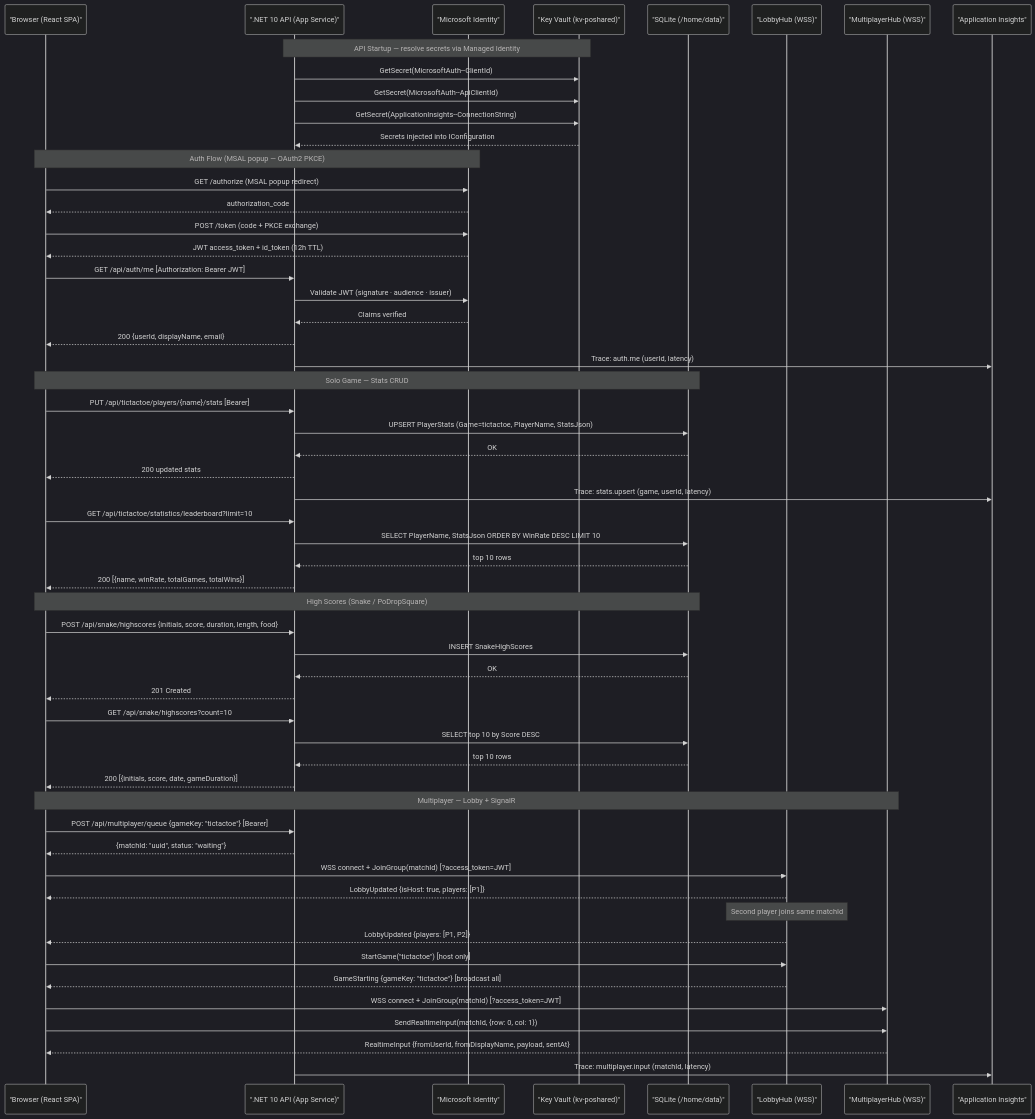
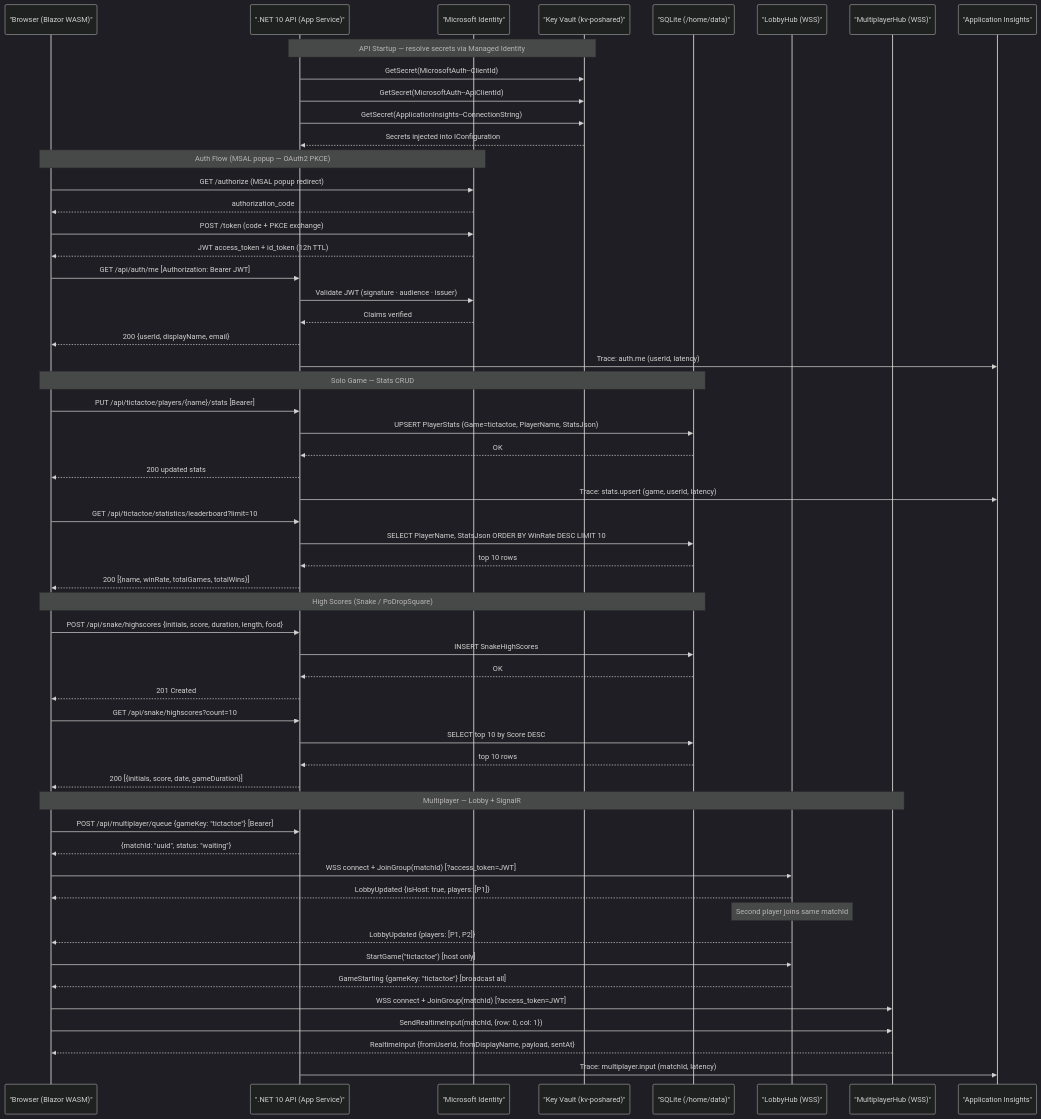
Before and after one commit to punkouter26/PoMiniGames: the diagram in docs/SystemFlow_MASTER.mmd, drawn with Mermaid (dark theme). The commit also changed 66 other files, not shown here.

```diff
--- a/docs/SystemFlow_MASTER.mmd
+++ b/docs/SystemFlow_MASTER.mmd
@@ -1,61 +1,61 @@
 sequenceDiagram
-    participant B as "Browser (React SPA)"
+    participant B as "Browser (Blazor WASM)"
     participant API as ".NET 10 API (App Service)"
     participant MSID as "Microsoft Identity"
     participant KV as "Key Vault (kv-poshared)"
     participant DB as "SQLite (/home/data)"
     participant Lobby as "LobbyHub (WSS)"
     participant MP as "MultiplayerHub (WSS)"
     participant AI as "Application Insights"
 
     Note over API,KV: API Startup — resolve secrets via Managed Identity
     API->>KV: GetSecret(MicrosoftAuth--ClientId)
     API->>KV: GetSecret(MicrosoftAuth--ApiClientId)
     API->>KV: GetSecret(ApplicationInsights--ConnectionString)
     KV-->>API: Secrets injected into IConfiguration
 
     Note over B,MSID: Auth Flow (MSAL popup — OAuth2 PKCE)
     B->>MSID: GET /authorize (MSAL popup redirect)
     MSID-->>B: authorization_code
     B->>MSID: POST /token (code + PKCE exchange)
     MSID-->>B: JWT access_token + id_token (12h TTL)
     B->>API: GET /api/auth/me [Authorization: Bearer JWT]
     API->>MSID: Validate JWT (signature · audience · issuer)
     MSID-->>API: Claims verified
     API-->>B: 200 {userId, displayName, email}
     API->>AI: Trace: auth.me (userId, latency)
 
     Note over B,DB: Solo Game — Stats CRUD
     B->>API: PUT /api/tictactoe/players/{name}/stats [Bearer]
     API->>DB: UPSERT PlayerStats (Game=tictactoe, PlayerName, StatsJson)
     DB-->>API: OK
     API-->>B: 200 updated stats
     API->>AI: Trace: stats.upsert (game, userId, latency)
     B->>API: GET /api/tictactoe/statistics/leaderboard?limit=10
     API->>DB: SELECT PlayerName, StatsJson ORDER BY WinRate DESC LIMIT 10
     DB-->>API: top 10 rows
     API-->>B: 200 [{name, winRate, totalGames, totalWins}]
 
     Note over B,DB: High Scores (Snake / PoDropSquare)
     B->>API: POST /api/snake/highscores {initials, score, duration, length, food}
     API->>DB: INSERT SnakeHighScores
     DB-->>API: OK
     API-->>B: 201 Created
     B->>API: GET /api/snake/highscores?count=10
     API->>DB: SELECT top 10 by Score DESC
     DB-->>API: top 10 rows
     API-->>B: 200 [{initials, score, date, gameDuration}]
 
     Note over B,MP: Multiplayer — Lobby + SignalR
     B->>API: POST /api/multiplayer/queue {gameKey: "tictactoe"} [Bearer]
     API-->>B: {matchId: "uuid", status: "waiting"}
     B->>Lobby: WSS connect + JoinGroup(matchId) [?access_token=JWT]
     Lobby-->>B: LobbyUpdated {isHost: true, players: [P1]}
     Note over Lobby: Second player joins same matchId
     Lobby-->>B: LobbyUpdated {players: [P1, P2]}
     B->>Lobby: StartGame("tictactoe") [host only]
     Lobby-->>B: GameStarting {gameKey: "tictactoe"} [broadcast all]
     B->>MP: WSS connect + JoinGroup(matchId) [?access_token=JWT]
     B->>MP: SendRealtimeInput(matchId, {row: 0, col: 1})
     MP-->>B: RealtimeInput {fromUserId, fromDisplayName, payload, sentAt}
     API->>AI: Trace: multiplayer.input (matchId, latency)
```
